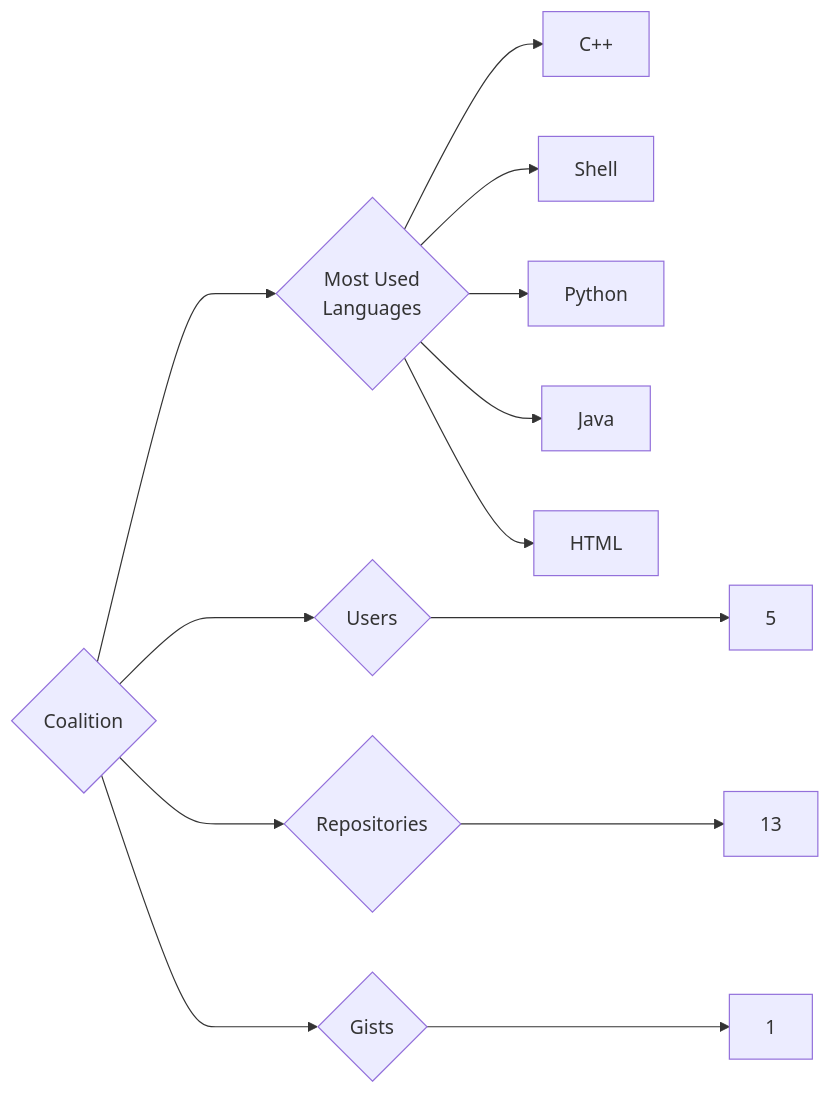
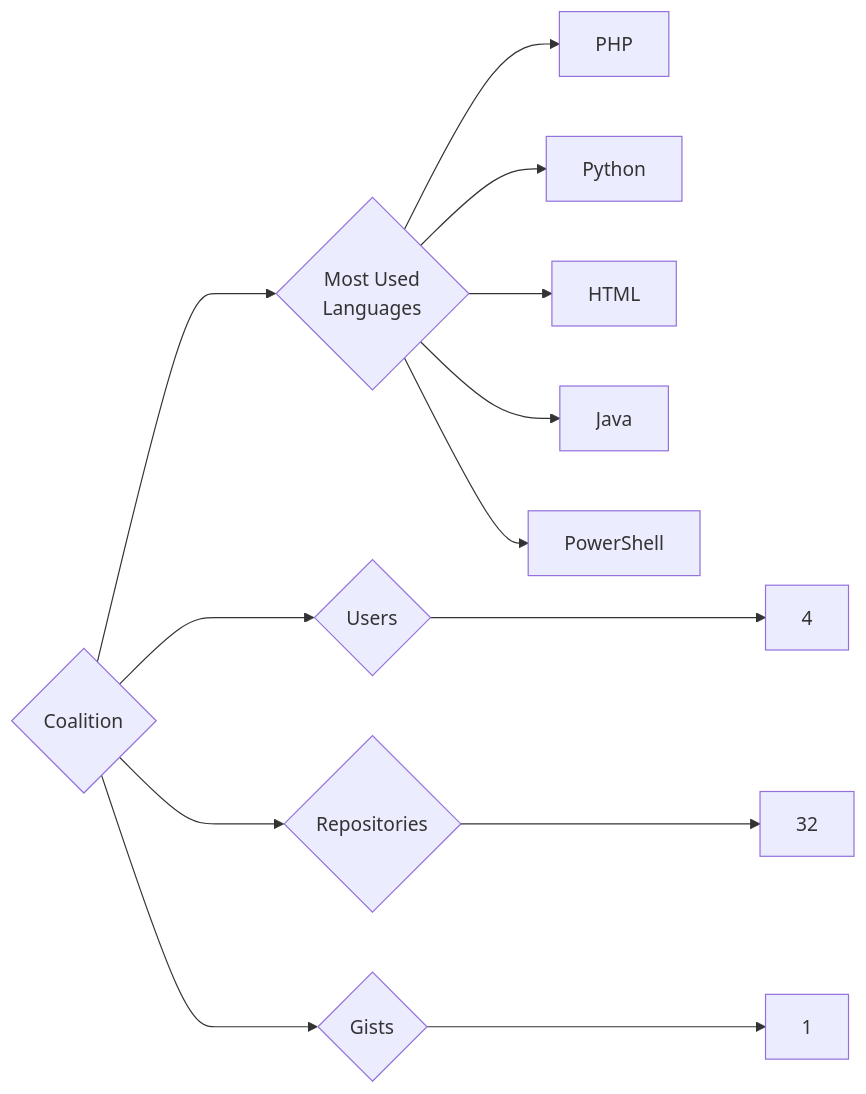
The diagram in targets/Coalition/README.md (trickest/insiders), drawn with Mermaid before and after one commit. The commit also changed 891 other files, not shown here.

````diff
--- a/targets/Coalition/README.md
+++ b/targets/Coalition/README.md
@@ -3,13 +3,13 @@
 ```mermaid
 graph LR
 COMPANY_NAME{Coalition}
-COMPANY_NAME ---> U{Users} ---> UN[5]
-COMPANY_NAME ---> R{Repositories} ---> RN[13]
+COMPANY_NAME ---> U{Users} ---> UN[4]
+COMPANY_NAME ---> R{Repositories} ---> RN[32]
 COMPANY_NAME ---> G{Gists} ---> GN[1]
 COMPANY_NAME ---> ML{Most Used<br>Languages}
-ML --> C++[C++]
-ML --> Shell[Shell]
+ML --> PHP[PHP]
 ML --> Python[Python]
+ML --> HTML[HTML]
 ML --> Java[Java]
-ML --> HTML[HTML]
+ML --> PowerShell[PowerShell]
 ```
````
